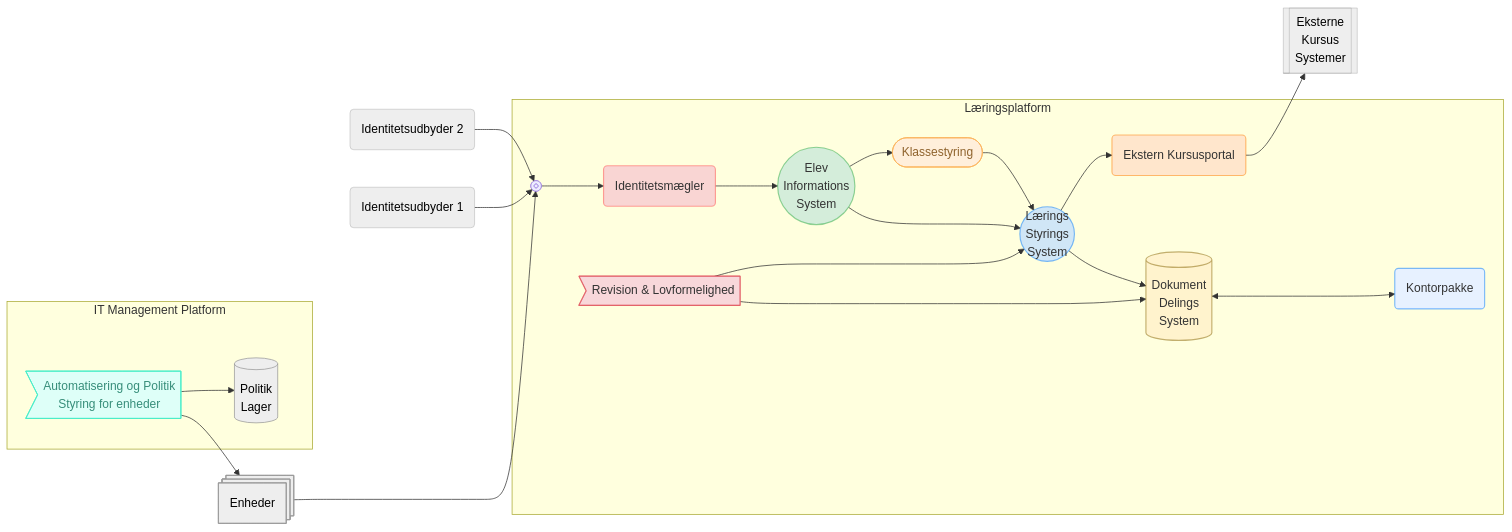
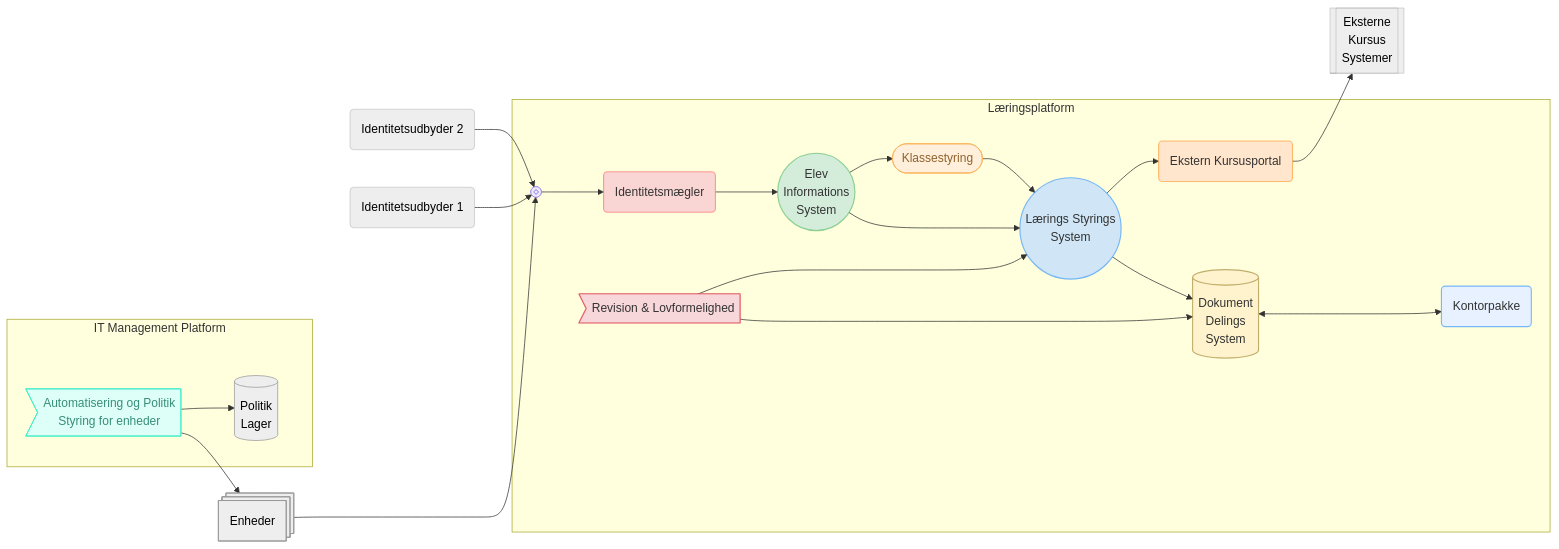
The diagram in docs/rammearkitektur_læringsplatform.md (OS2sandbox/os2skole-PoC), drawn with Mermaid before and after one commit.

Commit message:
Update rammearkitektur_læringsplatform.md
Rettet tastebøf

````diff
--- a/docs/rammearkitektur_læringsplatform.md
+++ b/docs/rammearkitektur_læringsplatform.md
@@ -2,67 +2,67 @@
 ```mermaid
 flowchart LR
  subgraph s1["Læringsplatform"]
-        LMS(("Lærings<br>Styrings<br>System"))
+        LMS(("Lærings Styrings<br>System"))
         DOC[("Dokument<br>Delings<br>System")]
         ID("Identitetsmægler")
         ED("Kontorpakke")
         SIS(("Elev<br>Informations<br>System"))
         PORT("Ekstern Kursusportal")
         REP>"Revision &amp; Lovformelighed"]
         n5["Rammer Cirkel"]
         n6(["Klassestyring"])
   end
  subgraph s2["IT Management Platform"]
         n3>"Automatisering og Politik<br>Styring for enheder"]
         n4["Politik<br>Lager"]
   end
     PORT --> EXT[["Eksterne<br>Kursus<br>Systemer"]]
     LMS --> DOC & PORT
     DOC <--> ED
     SIS --> LMS & n6
     EXT ~~~ ED
     ID --> SIS
     IDP2("Identitetsudbyder 2") --> n5
     REP --> DOC
     REP ----> LMS
     Device["Enheder"] ---> n5
     n3 --> Device & n4
     s2 ~~~ s1
     n5 --> ID
     IDP1("Identitetsudbyder 1") --> n5
     n6 --> LMS
 
     n5@{ shape: fr-circ}
     n4@{ shape: cyl}
     Device@{ shape: procs}
      LMS:::lms
      DOC:::doc
      ID:::id
      ED:::ed
      SIS:::sis
      PORT:::port
      REP:::rep
      n6:::Peach
      n3:::Aqua
      n4:::Ash
      EXT:::ext
      EXT:::Ash
      IDP2:::idp
      IDP2:::Ash
      Device:::Ash
      IDP1:::idp
      IDP1:::Ash
     classDef lms fill:#d0e6f6,stroke:#007bff,stroke-opacity:0.5,stroke-width:1.5px, color:#333
     classDef id fill:#f9d5d3,stroke:#ff4c4c,stroke-opacity:0.5,stroke-width:1.5px, color:#333
     classDef idp fill:#f0e68c,stroke:#d1a800,stroke-opacity:0.5,stroke-width:1.5px, color:#333
     classDef sis fill:#d4edda,stroke:#28a745,stroke-opacity:0.5,stroke-width:1.5px, color:#333
     classDef doc fill:#fff3cd,stroke:#856404,stroke-opacity:0.5,stroke-width:1.5px, color:#333
     classDef ed fill:#e7f1ff,stroke:#007bff,stroke-opacity:0.5,stroke-width:1.5px, color:#333
     classDef ext fill:#e6ffe6,stroke:#28a745,stroke-opacity:0.5,stroke-width:1.5px, color:#333
     classDef port fill:#ffe6cc,stroke:#ff7e00,stroke-opacity:0.5,stroke-width:1.5px, color:#333
     classDef rep fill:#f8d7da,stroke:#dc3545,stroke-opacity:0.5,stroke-width:1.5px, color:#333
     classDef Rose stroke-width:1px, stroke-dasharray:none, stroke:#FF5978, fill:#FFDFE5, color:#8E2236
     classDef Aqua stroke-width:1px, stroke-dasharray:none, stroke:#46EDC8, fill:#DEFFF8, color:#378E7A
     classDef Ash stroke-width:1px, stroke-dasharray:none, stroke:#999999, fill:#EEEEEE, color:#000000
     classDef Peach stroke-width:1px, stroke-dasharray:none, stroke:#FBB35A, fill:#FFEFDB, color:#8F632D
 ```
````
